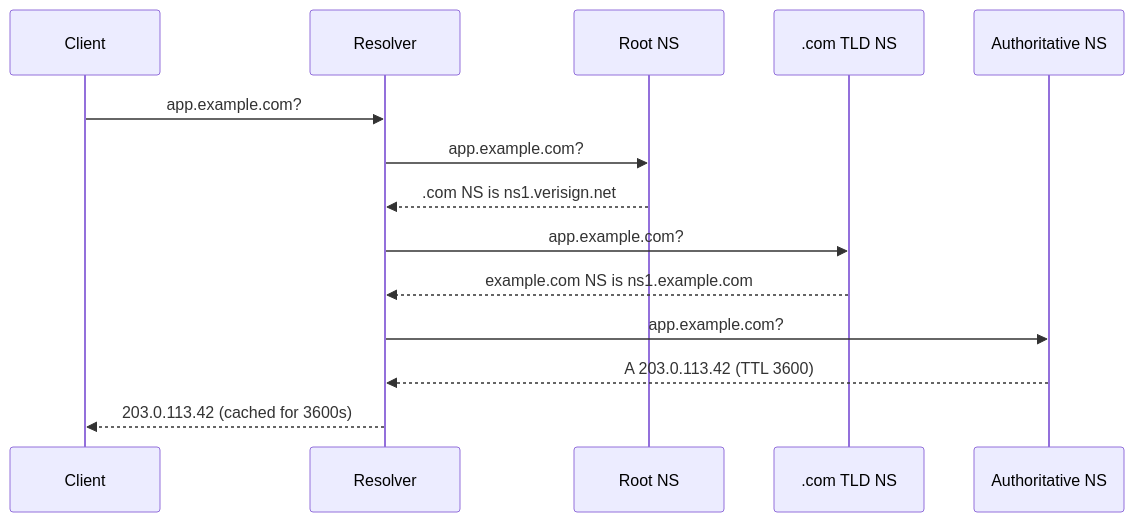
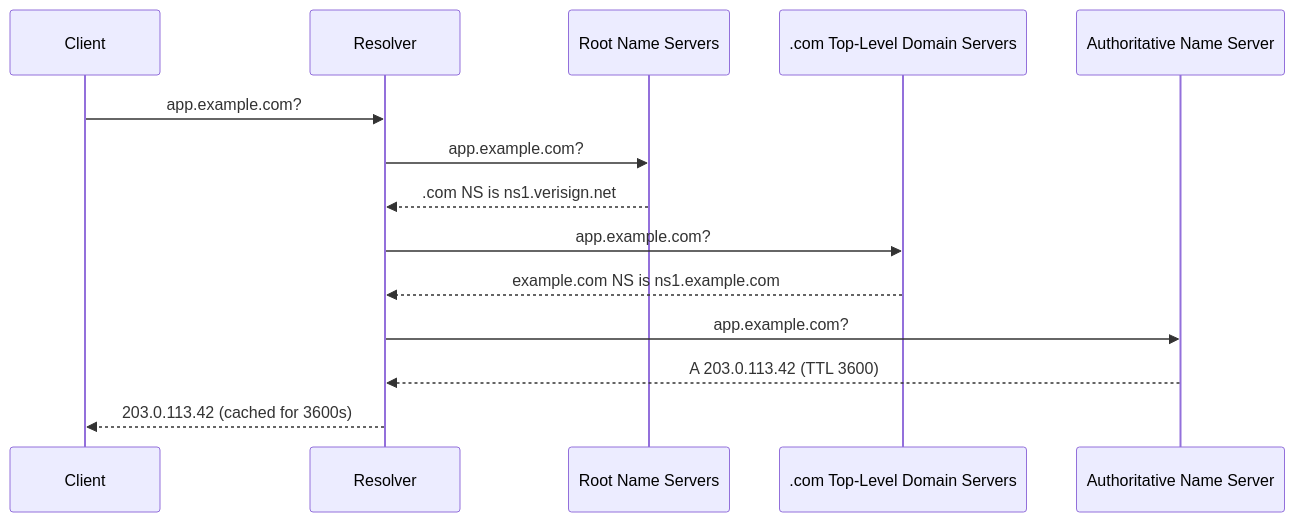
The first of 8 diagrams in src/content/docs/lectures/network-services-and-application-delivery.mdx (adulbrich/cs312), drawn with Mermaid before and after one commit. The commit also changed other lines of this file, not shown here.

````diff
--- a/src/content/docs/lectures/network-services-and-application-delivery.mdx
+++ b/src/content/docs/lectures/network-services-and-application-delivery.mdx
@@ -45,17 +45,17 @@
 ```mermaid
 sequenceDiagram
   participant C as Client
   participant R as Resolver
-  participant Root as Root NS
-  participant TLD as .com TLD NS
-  participant Auth as Authoritative NS
+  participant Root as Root Name Servers
+  participant TLD as .com Top-Level Domain Servers
+  participant Auth as Authoritative Name Server
 
   C->>R: app.example.com?
   R->>Root: app.example.com?
   Root-->>R: .com NS is ns1.verisign.net
   R->>TLD: app.example.com?
   TLD-->>R: example.com NS is ns1.example.com
   R->>Auth: app.example.com?
   Auth-->>R: A 203.0.113.42 (TTL 3600)
   R-->>C: 203.0.113.42 (cached for 3600s)
 ```
````
